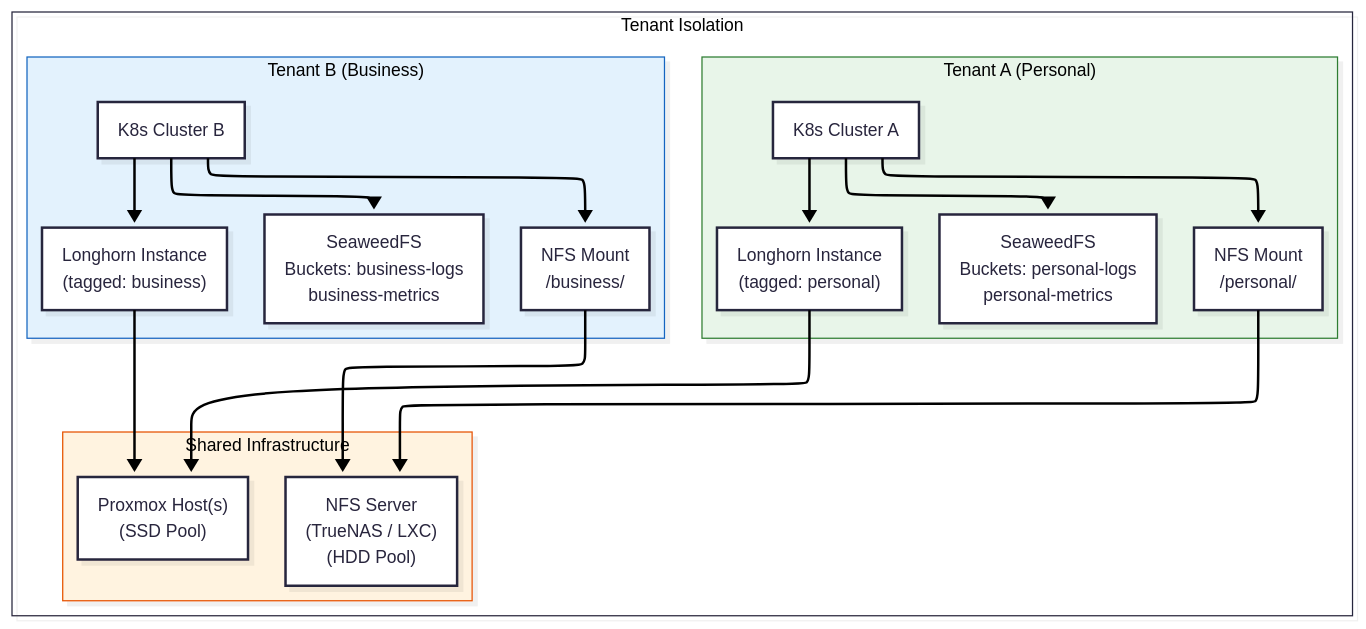
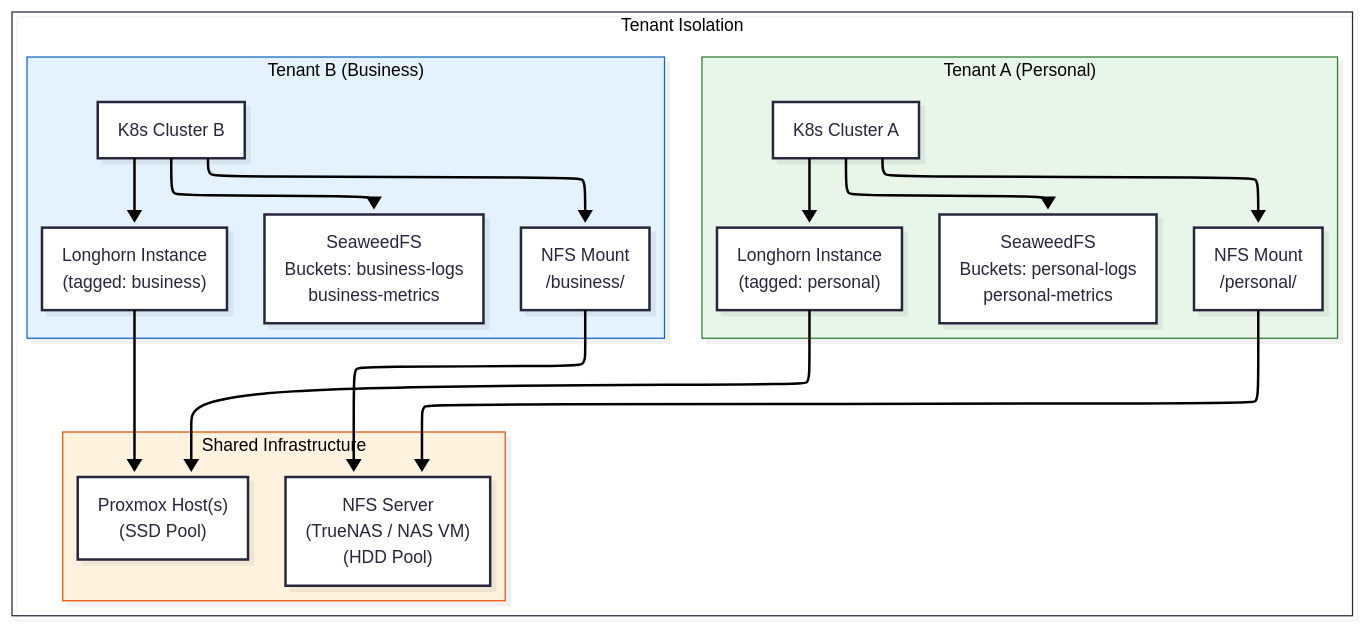
Before and after one commit to sinhaaritro/platform-stack: the fourth of 4 diagrams in docs/storage/ARCHITECTURE.md, drawn with Mermaid. The commit also changed other lines of this file and 3 other files, not shown here.

Commit message:
docs: replace interim NFS LXC with NAS VM oceanus and update documentation

````diff
--- a/docs/storage/ARCHITECTURE.md
+++ b/docs/storage/ARCHITECTURE.md
@@ -272,42 +272,42 @@
 ```mermaid
 ---
 config:
   theme: redux
   look: neo
   layout: elk
 ---
 flowchart TD
   subgraph Diagram["Tenant Isolation"]
     subgraph TenantA["Tenant A (Personal)"]
       ClusterA["K8s Cluster A"]
       LonghornA["Longhorn Instance\n(tagged: personal)"]
       SeaweedA["SeaweedFS\nBuckets: personal-logs\npersonal-metrics"]
       NFSA["NFS Mount\n/personal/"]
     end
 
     subgraph TenantB["Tenant B (Business)"]
       ClusterB["K8s Cluster B"]
       LonghornB["Longhorn Instance\n(tagged: business)"]
       SeaweedB["SeaweedFS\nBuckets: business-logs\nbusiness-metrics"]
       NFSB["NFS Mount\n/business/"]
     end
 
     subgraph SharedInfra["Shared Infrastructure"]
       ProxmoxHosts["Proxmox Host(s)\n(SSD Pool)"]
-      NFSServer["NFS Server\n(TrueNAS / LXC)\n(HDD Pool)"]
+      NFSServer["NFS Server\n(TrueNAS / NAS VM)\n(HDD Pool)"]
     end
 
     ClusterA --> LonghornA --> ProxmoxHosts
     ClusterA --> SeaweedA
     ClusterA --> NFSA --> NFSServer
 
     ClusterB --> LonghornB --> ProxmoxHosts
     ClusterB --> SeaweedB
     ClusterB --> NFSB --> NFSServer
   end
 
   style TenantA fill:#E8F5E9,stroke:#2E7D32
   style TenantB fill:#E3F2FD,stroke:#1565C0
   style SharedInfra fill:#FFF3E0,stroke:#E65100
   style Diagram fill:transparent
 ```
````
